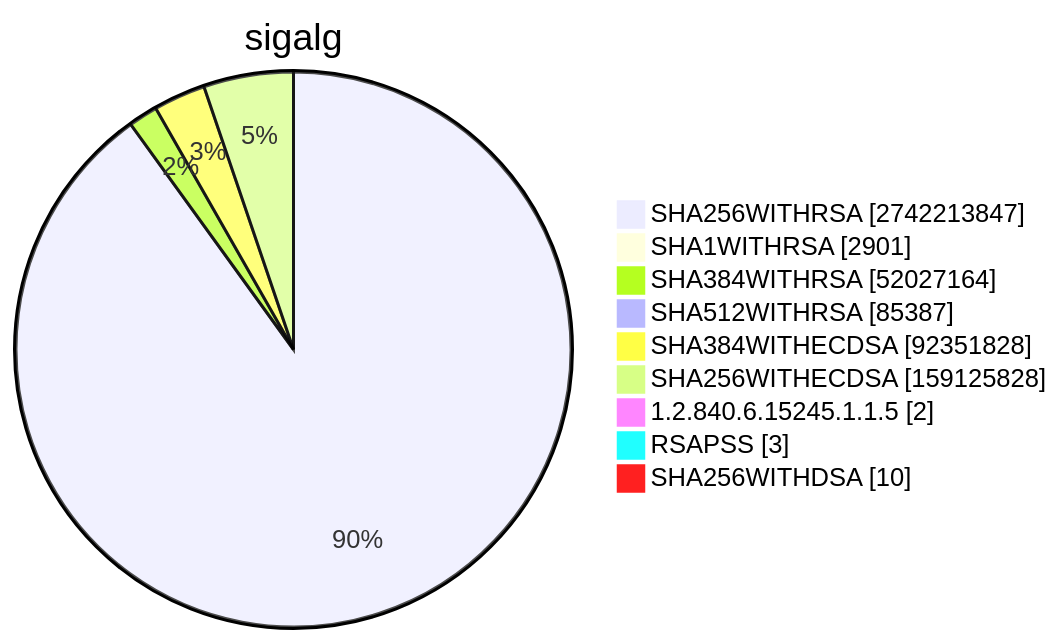
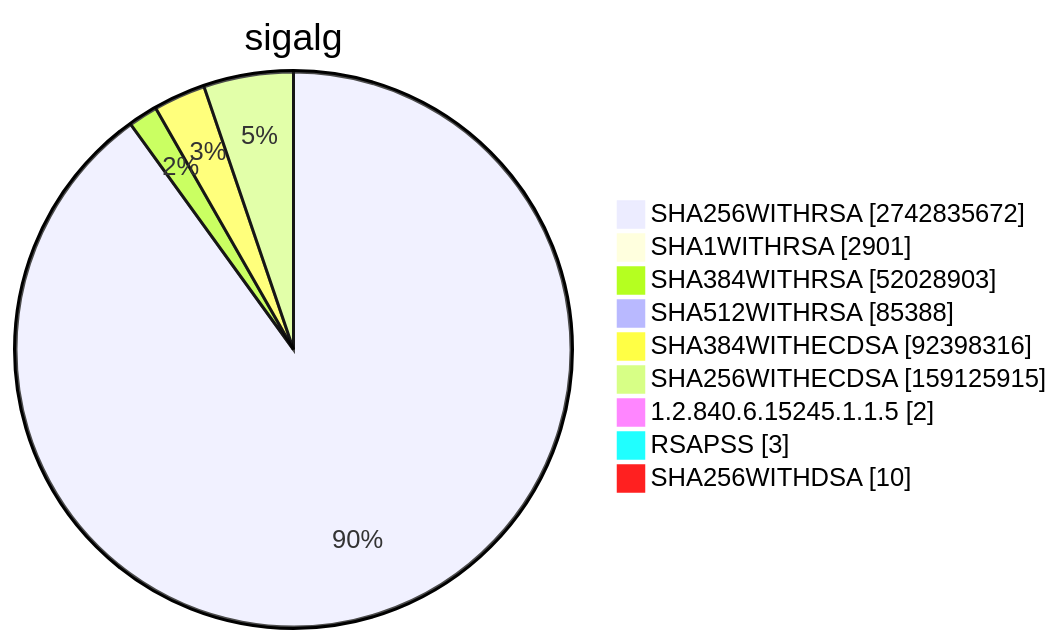
One commit to christiankrug/ctmonitor_visualization changed diagram 15 of 15 in TOTAL/README.md. Above: the diagram before and after it, drawn with Mermaid. The commit also changed other lines of this file, not shown here.

````diff
--- a/TOTAL/README.md
+++ b/TOTAL/README.md
@@ -6204,13 +6204,13 @@
 ```mermaid
 pie showData
 title sigalg
-"SHA256WITHRSA" :2742213847
+"SHA256WITHRSA" :2742835672
 "SHA1WITHRSA" :2901
-"SHA384WITHRSA" :52027164
-"SHA512WITHRSA" :85387
-"SHA384WITHECDSA" :92351828
-"SHA256WITHECDSA" :159125828
+"SHA384WITHRSA" :52028903
+"SHA512WITHRSA" :85388
+"SHA384WITHECDSA" :92398316
+"SHA256WITHECDSA" :159125915
 "1.2.840.6.15245.1.1.5" :2
 "RSAPSS" :3
 "SHA256WITHDSA" :10
 ```
````
